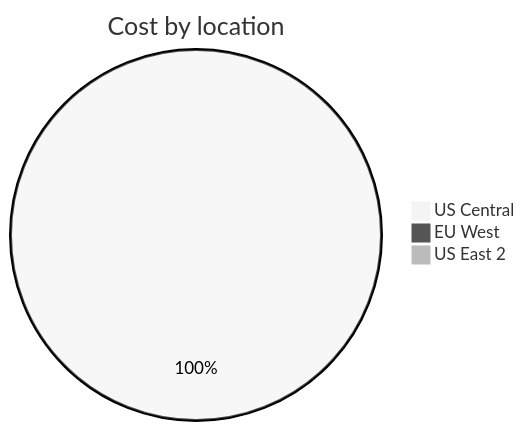
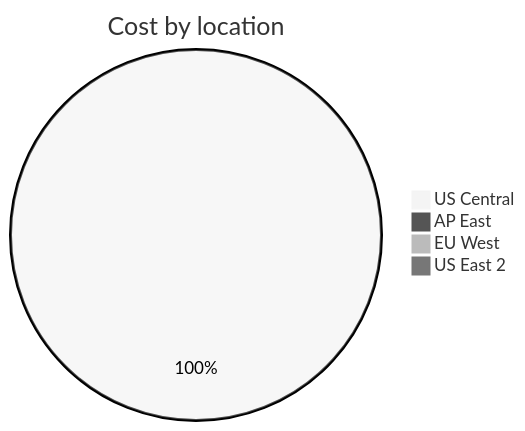
Before and after one commit to jpfulton/azure-personal-reports: the third of 4 diagrams in cost-reports/personal-site/personal-site-preview.md, drawn with Mermaid (neutral theme). The commit also changed other lines of this file and 6 other files, not shown here.

````diff
--- a/cost-reports/personal-site/personal-site-preview.md
+++ b/cost-reports/personal-site/personal-site-preview.md
@@ -107,7 +108,8 @@
 ```mermaid
 pie
    title Cost by location
-   "US Central" : 1.75
+   "US Central" : 2.05
+   "AP East" : 0.00
    "EU West" : 0.00
    "US East 2" : 0.00
 ```
````
